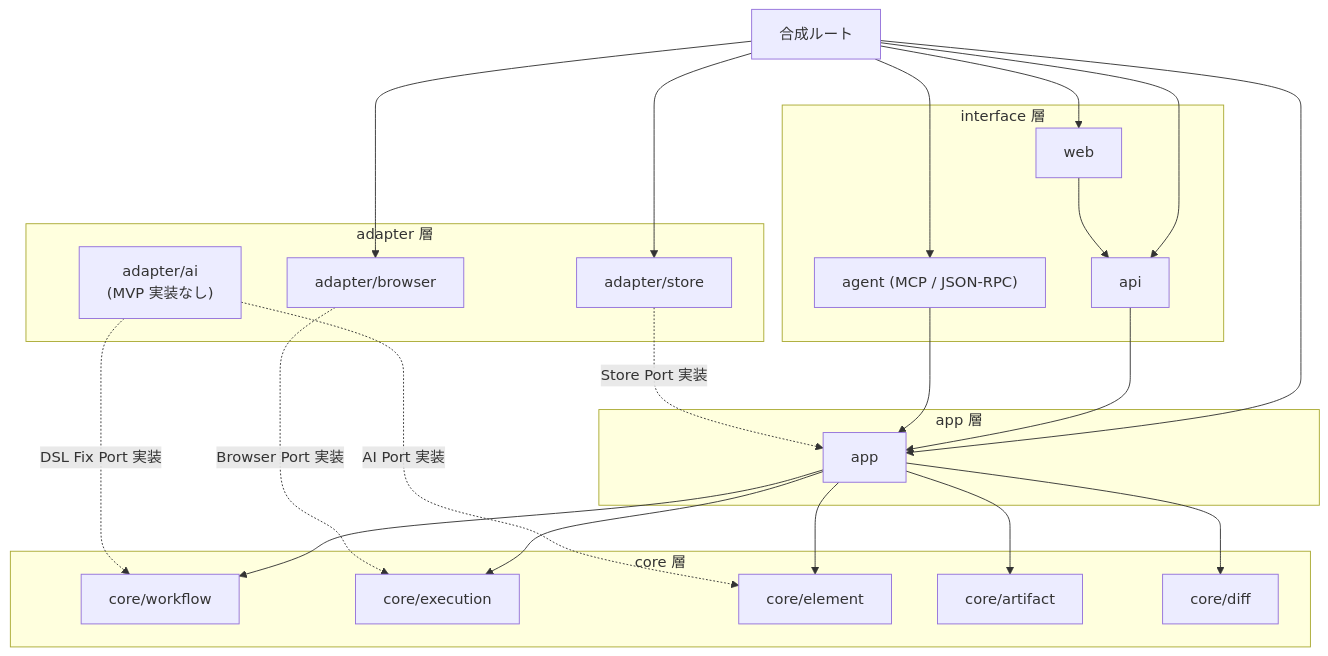
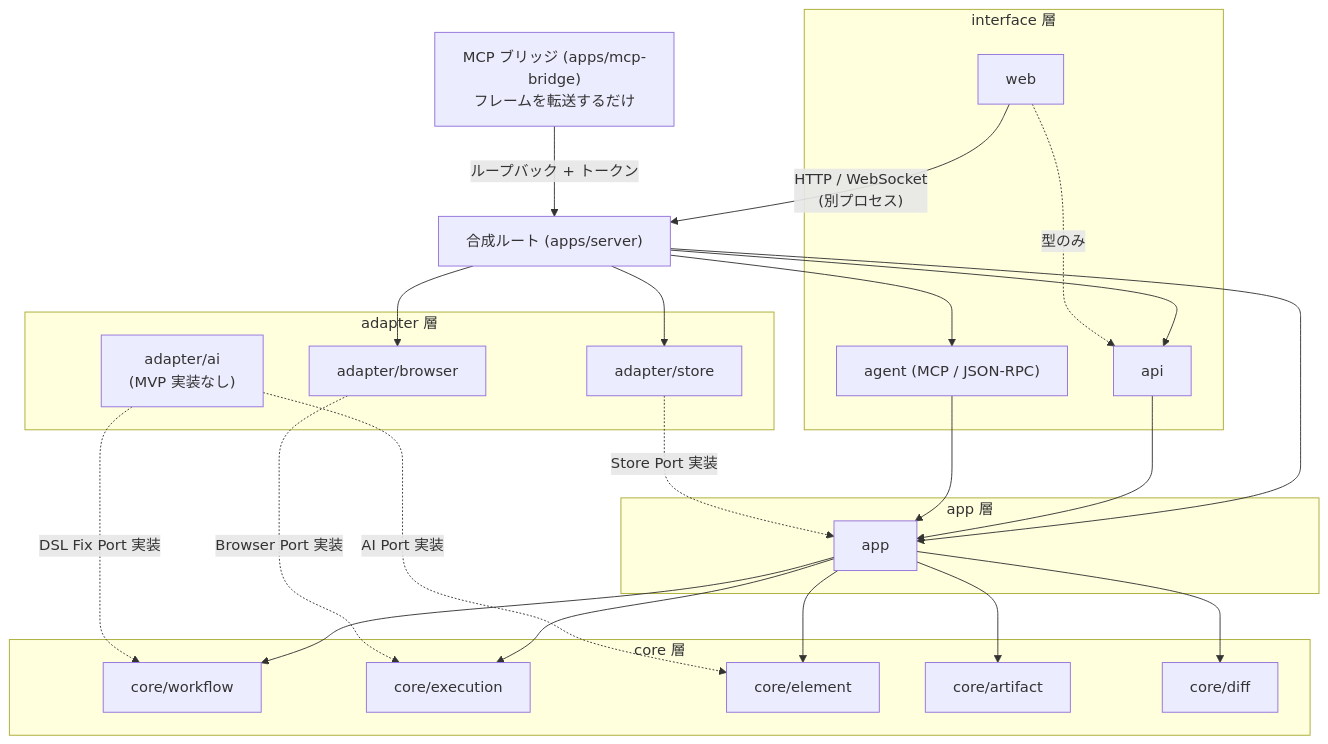
Before and after one commit to Fukuemon/screen-contract: the third of 3 diagrams in design/DesignDoc.md, drawn with Mermaid. The commit also changed other lines of this file and 16 other files, not shown here.

````diff
--- a/design/DesignDoc.md
+++ b/design/DesignDoc.md
@@ -275,41 +277,44 @@
 ```mermaid
 flowchart TD
     subgraph ifaceLayer["interface 層"]
         web["web"]
         api["api"]
         agent["agent (MCP / JSON-RPC)"]
     end
     subgraph appLayer["app 層"]
         app["app"]
     end
     subgraph coreLayer["core 層"]
         wf["core/workflow"]
         exec["core/execution"]
         elem["core/element"]
         art["core/artifact"]
         diff["core/diff"]
     end
     subgraph adapterLayer["adapter 層"]
         browser["adapter/browser"]
         ai["adapter/ai<br/>(MVP 実装なし)"]
         store["adapter/store"]
     end
-    root["合成ルート"]
-    root --> web
+    root["合成ルート (apps/server)"]
+    bridge["MCP ブリッジ (apps/mcp-bridge)<br/>フレームを転送するだけ"]
     root --> api
     root --> agent
     root --> app
     root --> browser
     root --> store
-    web --> api --> app
+    web -. "型のみ" .-> api
+    web -- "HTTP / WebSocket<br/>(別プロセス)" --> root
+    bridge -- "ループバック + トークン" --> root
+    api --> app
     agent --> app
     app --> wf
     app --> exec
     app --> elem
     app --> art
     app --> diff
     browser -. "Browser Port 実装" .-> exec
     ai -. "AI Port 実装" .-> elem
     ai -. "DSL Fix Port 実装" .-> wf
     store -. "Store Port 実装" .-> app
 ```
````
